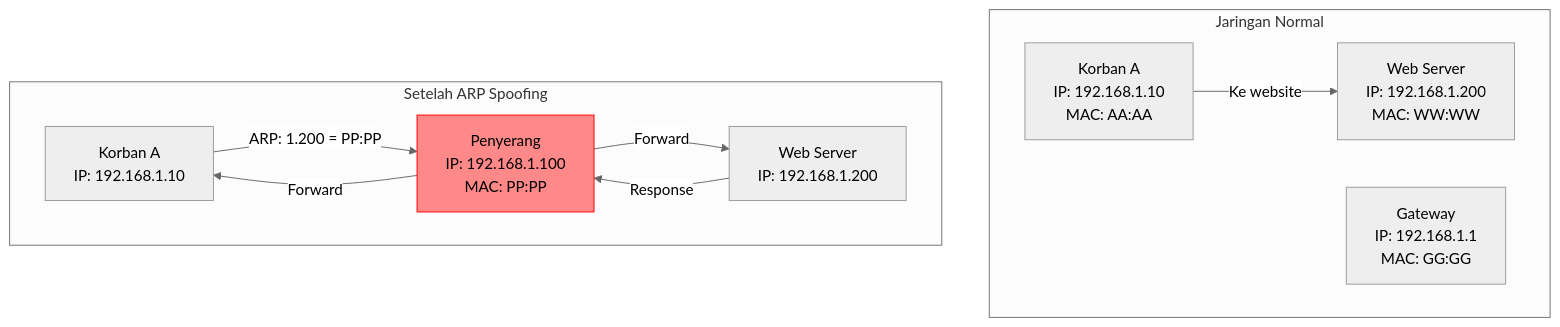
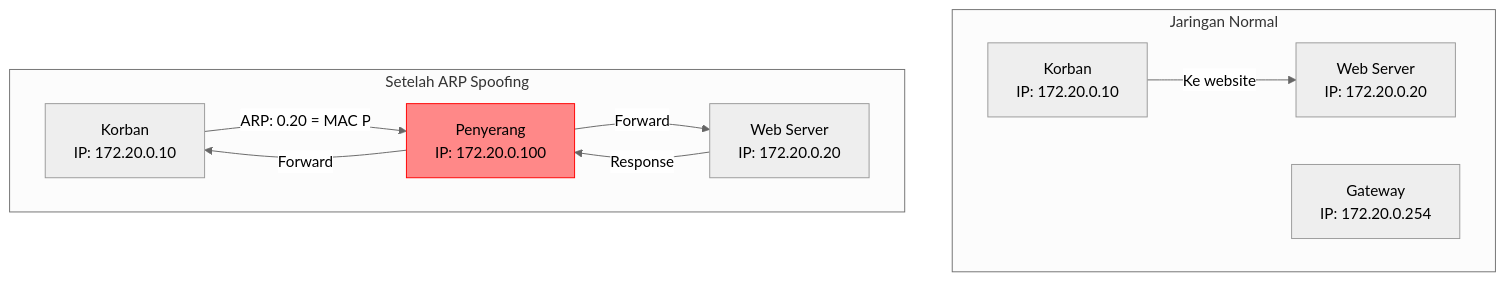
The second of 2 diagrams in Pertemuan3.md (Muhammad-Ikhwan-Fathulloh/Network-Security-Course-Bank), drawn with Mermaid (neutral theme) before and after one commit. The commit also changed other lines of this file, not shown here.

````diff
--- a/Pertemuan3.md
+++ b/Pertemuan3.md
@@ -80,23 +76,23 @@
 ```mermaid
 graph TD
     subgraph Jaringan Normal
-        A[Korban A<br>IP: 192.168.1.10<br>MAC: AA:AA]
-        B[Gateway<br>IP: 192.168.1.1<br>MAC: GG:GG]
-        C[Web Server<br>IP: 192.168.1.200<br>MAC: WW:WW]
+        A[Korban<br>IP: 172.20.0.10]
+        B[Gateway<br>IP: 172.20.0.254]
+        C[Web Server<br>IP: 172.20.0.20]
         
         A -->|"Ke website"| C
     end
     
     subgraph Setelah ARP Spoofing
-        A2[Korban A<br>IP: 192.168.1.10]
-        P[Penyerang<br>IP: 192.168.1.100<br>MAC: PP:PP]
-        C2[Web Server<br>IP: 192.168.1.200]
+        A2[Korban<br>IP: 172.20.0.10]
+        P[Penyerang<br>IP: 172.20.0.100]
+        C2[Web Server<br>IP: 172.20.0.20]
         
-        A2 -->|"ARP: 1.200 = PP:PP"| P
+        A2 -->|"ARP: 0.20 = MAC P"| P
         P -->|"Forward"| C2
         C2 -->|"Response"| P
         P -->|"Forward"| A2
         
         style P fill:#ff8888,stroke:#f00
     end
 ```
````
